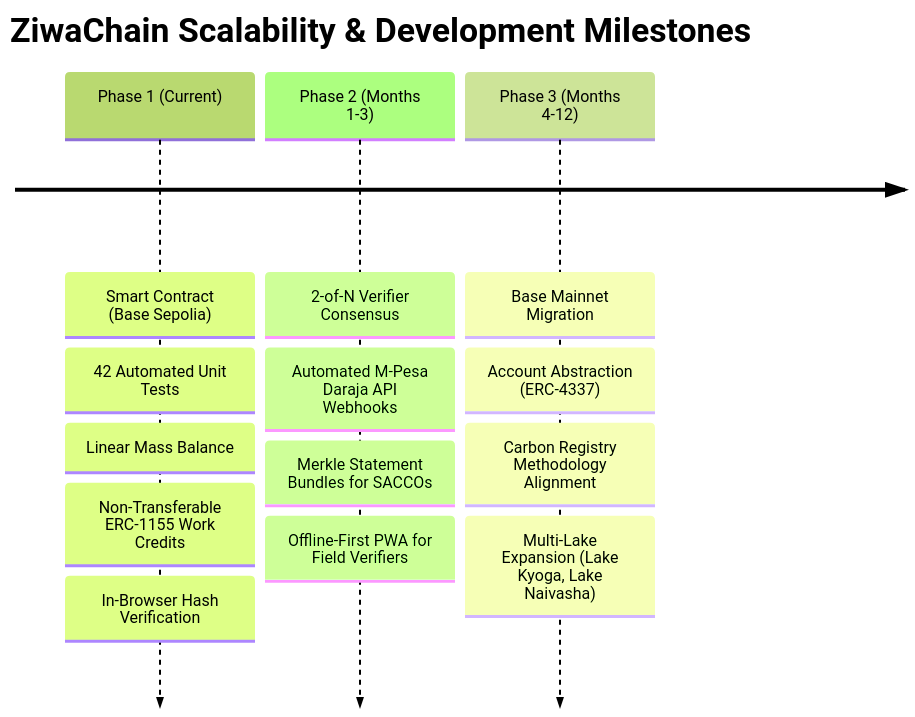
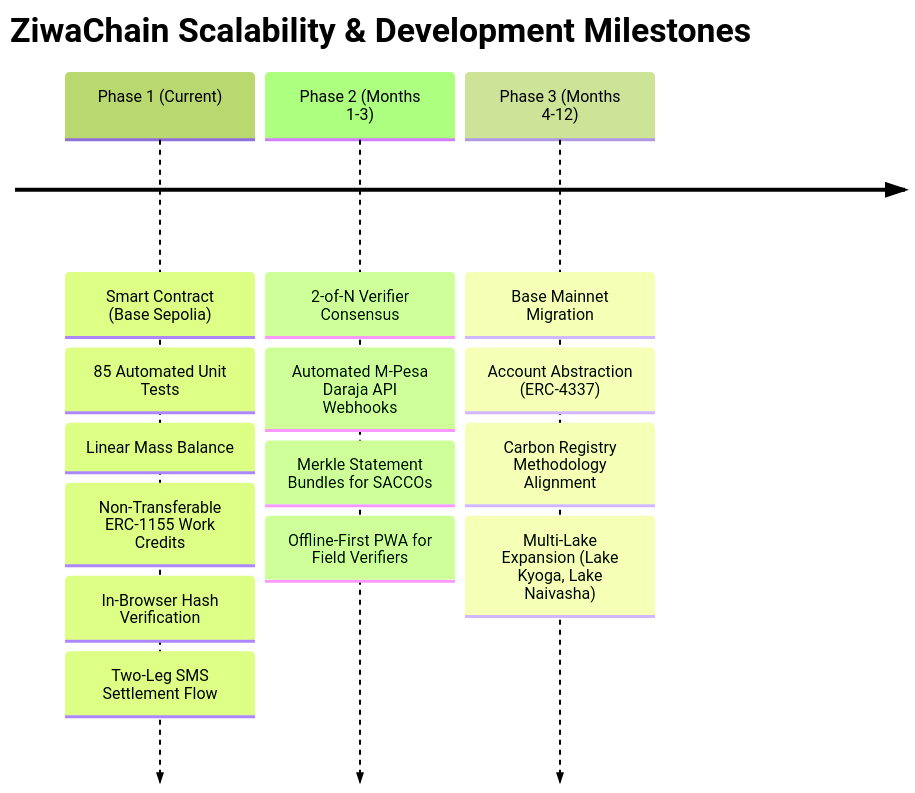
One commit to Gathoni-K/ziwaChain changed the diagram in docs/adoption-and-scalability.md. Above: the diagram before and after it, drawn with Mermaid (forest theme). The commit also changed other lines of this file and 13 other files, not shown here.

Commit message:
simulated SMS flow

````diff
--- a/docs/adoption-and-scalability.md
+++ b/docs/adoption-and-scalability.md
@@ -43,7 +44,7 @@
 ```mermaid
 timeline
     title ZiwaChain Scalability & Development Milestones
-    Phase 1 (Current) : Smart Contract (Base Sepolia) : 42 Automated Unit Tests : Linear Mass Balance : Non-Transferable ERC-1155 Work Credits : In-Browser Hash Verification
+    Phase 1 (Current) : Smart Contract (Base Sepolia) : 85 Automated Unit Tests : Linear Mass Balance : Non-Transferable ERC-1155 Work Credits : In-Browser Hash Verification : Two-Leg SMS Settlement Flow
     Phase 2 (Months 1-3) : 2-of-N Verifier Consensus : Automated M-Pesa Daraja API Webhooks : Merkle Statement Bundles for SACCOs : Offline-First PWA for Field Verifiers
     Phase 3 (Months 4-12) : Base Mainnet Migration : Account Abstraction (ERC-4337) : Carbon Registry Methodology Alignment : Multi-Lake Expansion (Lake Kyoga, Lake Naivasha)
 ```
````
